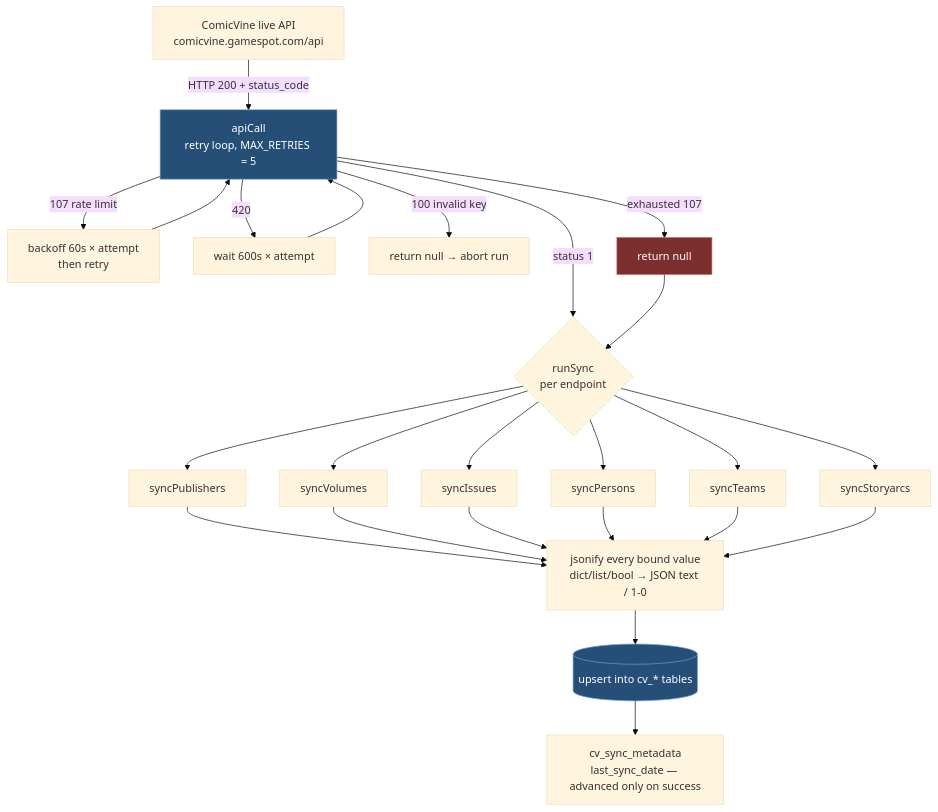
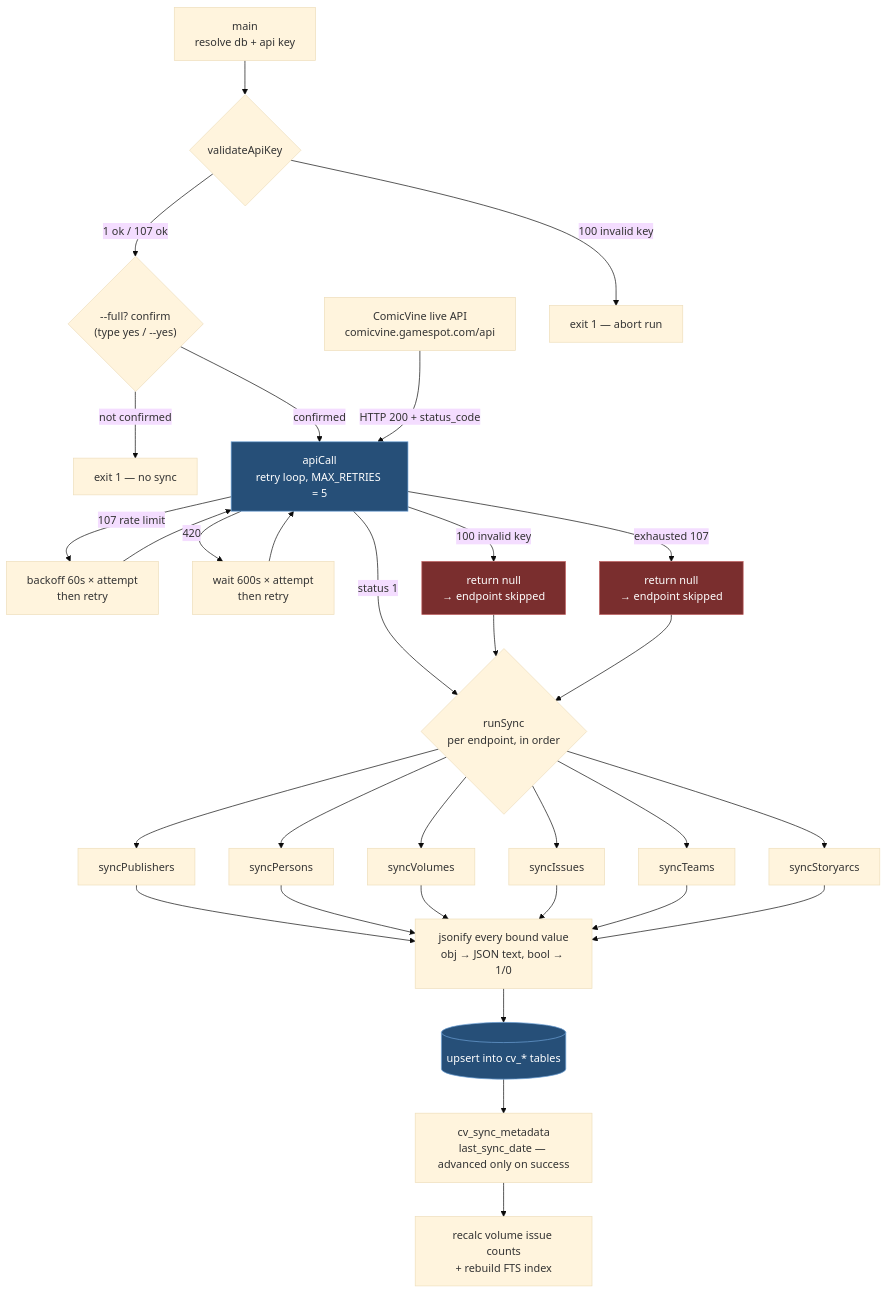
Before and after one commit to javabits-github/local-comicvine-api: the second of 3 diagrams in docs/architecture.md, drawn with Mermaid (base theme). The commit also changed other lines of this file and 2 other files, not shown here.

Commit message:
update diagrams, checkin the skill for the diagram

````diff
--- a/docs/architecture.md
+++ b/docs/architecture.md
@@ -57,30 +57,43 @@
 ```mermaid
 flowchart TB
     CV[ComicVine live API<br/>comicvine.gamespot.com/api]
+    START[main<br/>resolve db + api key]
+    VAL{validateApiKey}
+    FULL{"--full? confirm<br/>(type yes / --yes)"}
+
+    START --> VAL
+    VAL -->|100 invalid key| EXIT1[exit 1 — abort run]
+    VAL -->|1 ok / 107 ok| FULL
+    FULL -->|not confirmed| EXIT2[exit 1 — no sync]
+    FULL -->|confirmed| AC
 
     CV -->|HTTP 200 + status_code| AC[apiCall<br/>retry loop, MAX_RETRIES = 5]
     AC -->|107 rate limit| W[backoff 60s × attempt<br/>then retry]
     W --> AC
-    AC -->|420| W4[wait 600s × attempt]
+    AC -->|420| W4[wait 600s × attempt<br/>then retry]
     W4 --> AC
-    AC -->|100 invalid key| N1[return null → abort run]
-    AC -->|exhausted 107| N2[return null]
+    AC -->|100 invalid key| N1[return null<br/>→ endpoint skipped]
+    AC -->|exhausted 107| N2[return null<br/>→ endpoint skipped]
+    AC -->|status 1| SYNC
 
-    AC -->|status 1| SYNC{"runSync<br/>per endpoint"}
+    SYNC{"runSync<br/>per endpoint, in order"}
+    N1 --> SYNC
     N2 --> SYNC
 
     SYNC --> SP[syncPublishers]
+    SYNC --> SP2[syncPersons]
     SYNC --> SV[syncVolumes]
     SYNC --> SI[syncIssues]
-    SYNC --> SP2[syncPersons]
     SYNC --> ST[syncTeams]
     SYNC --> SA[syncStoryarcs]
 
-    SP & SV & SI & SP2 & ST & SA --> J["jsonify every bound value<br/>dict/list/bool → JSON text / 1-0"]
+    SP & SP2 & SV & SI & ST & SA --> J["jsonify every bound value<br/>obj → JSON text, bool → 1/0"]
     J --> U[(upsert into cv_* tables)]
     U --> M[cv_sync_metadata<br/>last_sync_date — advanced only on success]
+    M --> POST[recalc volume issue counts<br/>+ rebuild FTS index]
 
     style AC fill:#264f78,stroke:#6ea1d6,color:#fff
     style U fill:#264f78,stroke:#6ea1d6,color:#fff
+    style N1 fill:#7a2e2e,stroke:#c06060,color:#fff
     style N2 fill:#7a2e2e,stroke:#c06060,color:#fff
 ```
````
